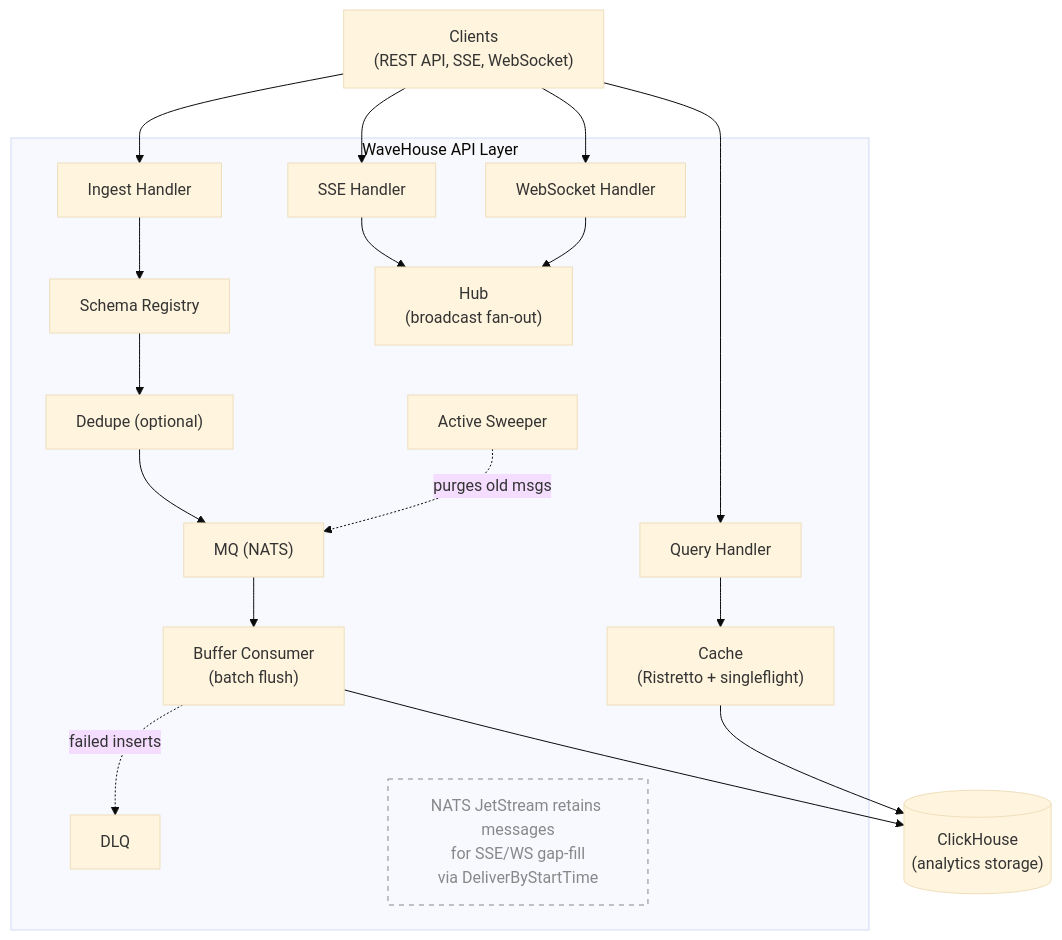
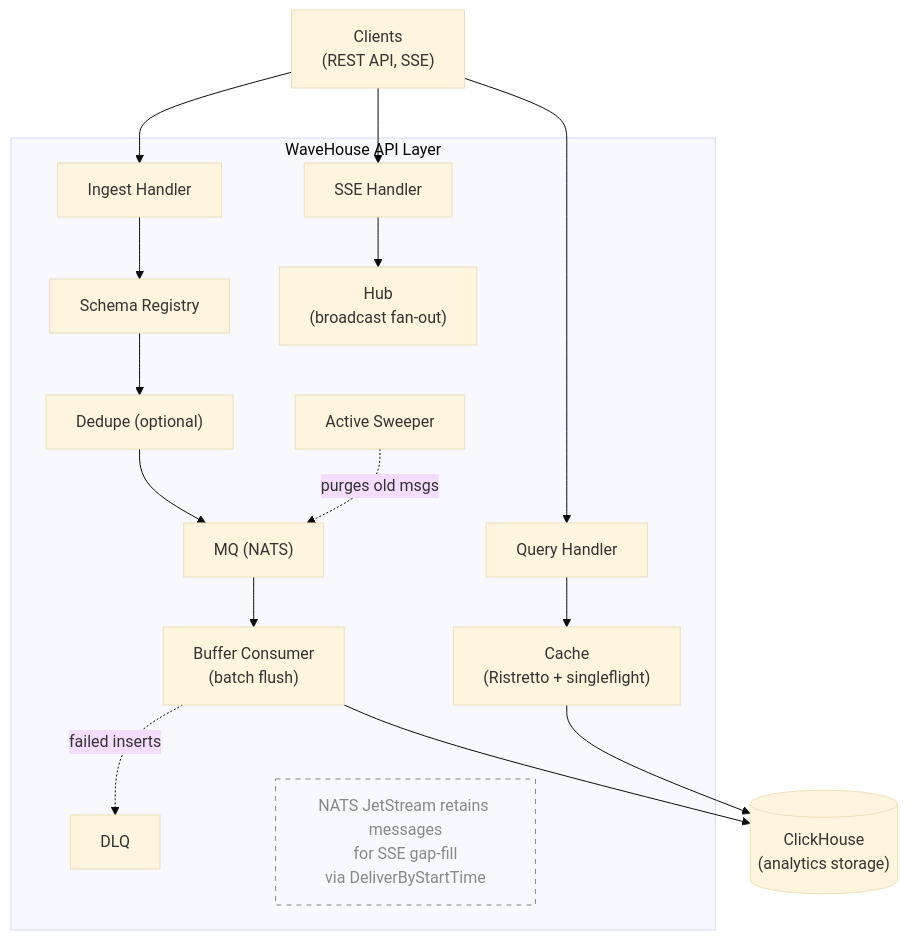
One commit to Wave-RF/WaveHouse changed the diagram in docs/src/content/docs/architecture.md. Above: the diagram before and after it, drawn with Mermaid (base theme). The commit also changed other lines of this file and 99 other files, not shown here.

````diff
--- a/docs/src/content/docs/architecture.md
+++ b/docs/src/content/docs/architecture.md
@@ -14,31 +14,29 @@
 ```mermaid
 flowchart TD
-    Clients["Clients<br/>(REST API, SSE, WebSocket)"]
+    Clients["Clients<br/>(REST API, SSE)"]
 
     Clients --> IH
     Clients --> QH
     Clients --> SSH
-    Clients --> WSH
 
     subgraph api["WaveHouse API Layer"]
         IH["Ingest Handler"] --> SR["Schema Registry"]
         SR --> DD["Dedupe (optional)"]
         DD --> MQ["MQ (NATS)"]
         MQ --> BC["Buffer Consumer<br/>(batch flush)"]
         BC -.->|failed inserts| DLQ["DLQ"]
 
         QH["Query Handler"] --> Cache["Cache<br/>(Ristretto + singleflight)"]
 
         SSH["SSE Handler"] --> Hub["Hub<br/>(broadcast fan-out)"]
-        WSH["WebSocket Handler"] --> Hub
 
         SW["Active Sweeper"] -.->|purges old msgs| MQ
 
-        NATS["NATS JetStream retains messages<br/>for SSE/WS gap-fill<br/>via DeliverByStartTime"]
+        NATS["NATS JetStream retains messages<br/>for SSE gap-fill<br/>via DeliverByStartTime"]
     end
 
     BC --> CH[("ClickHouse<br/>(analytics storage)")]
     Cache --> CH
 
     style NATS fill:none,stroke-dasharray:5 5,stroke:#888,color:#888
 ```
````
